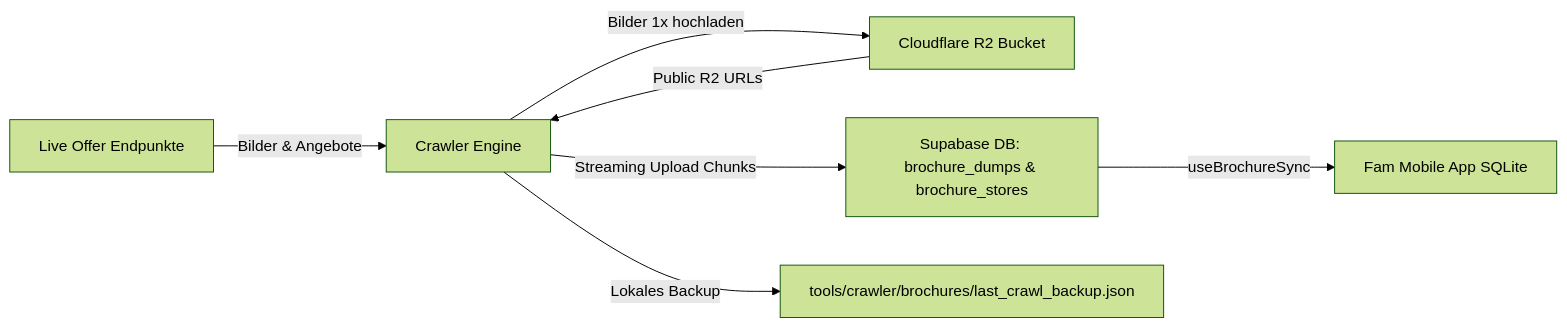
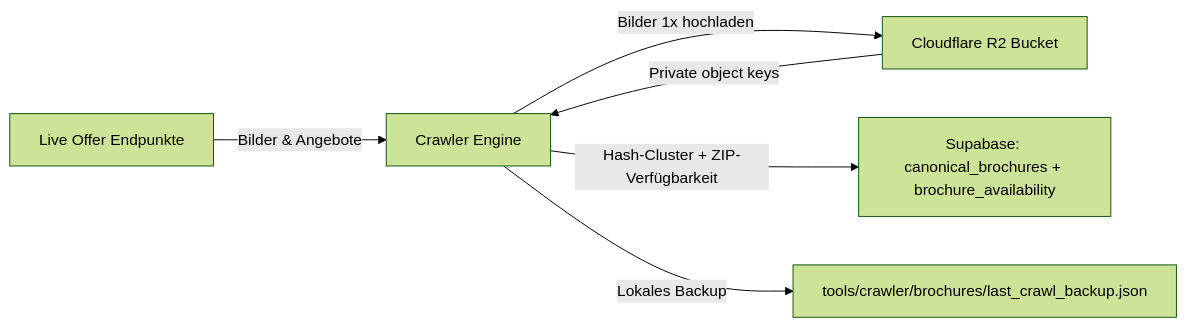
Before and after one commit to goldjunge91/fam: the diagram in tools/crawler/brochures/README.md, drawn with Mermaid (forest theme). The commit also changed other lines of this file and 54 other files, not shown here.

````diff
--- a/tools/crawler/brochures/README.md
+++ b/tools/crawler/brochures/README.md
@@ -9,9 +9,8 @@
 ```mermaid
 graph LR
     A[Live Offer Endpunkte] -->|Bilder & Angebote| B[Crawler Engine]
     B -->|Bilder 1x hochladen| C[Cloudflare R2 Bucket]
-    C -->|Public R2 URLs| B
-    B -->|Streaming Upload Chunks| D[Supabase DB: brochure_dumps & brochure_stores]
+    C -->|Private object keys| B
+    B -->|Hash-Cluster + ZIP-Verfügbarkeit| D[Supabase: canonical_brochures + brochure_availability]
     B -->|Lokales Backup| E[tools/crawler/brochures/last_crawl_backup.json]
-    D -->|useBrochureSync| F[Fam Mobile App SQLite]
 ```
````
